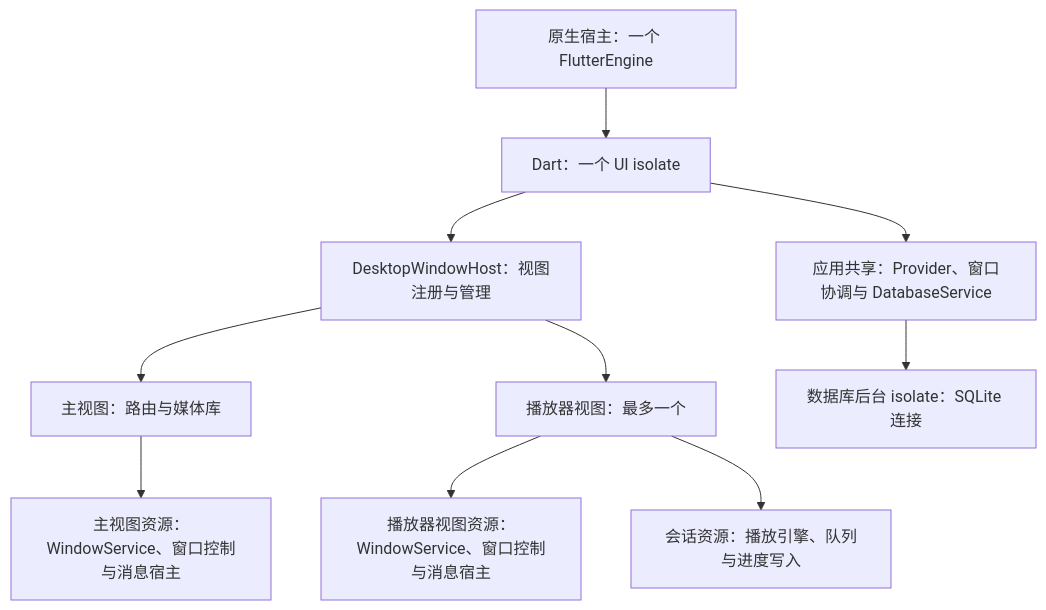
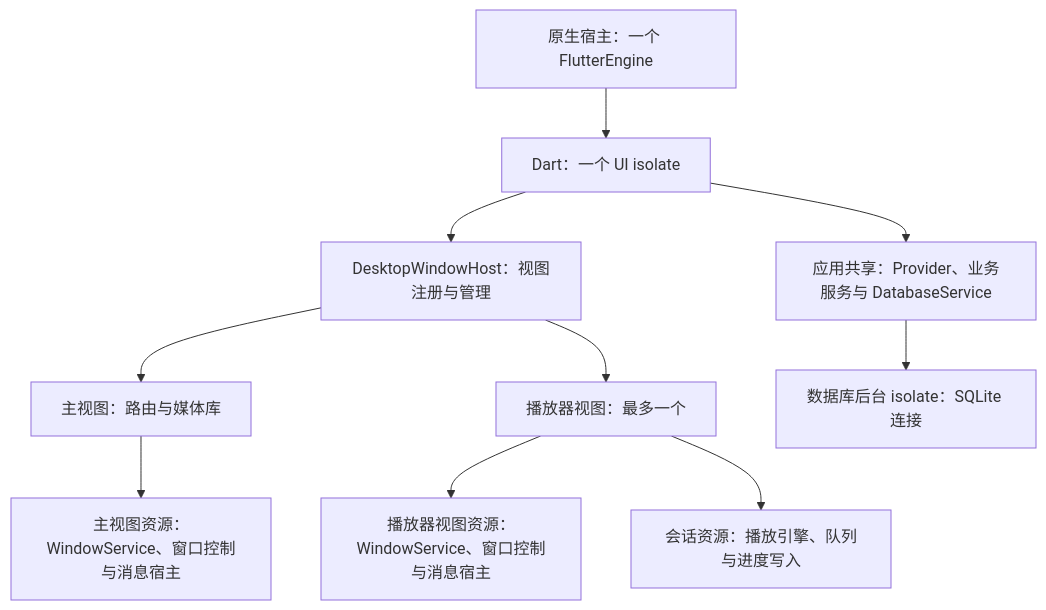
One commit to sen-to/mochi_player changed the fourth of 4 diagrams in docs/architecture/overview.md. Above: the diagram before and after it, drawn with Mermaid. The commit also changed other lines of this file and 55 other files, not shown here.

````diff
--- a/docs/architecture/overview.md
+++ b/docs/architecture/overview.md
@@ -153,12 +180,12 @@
 ```mermaid
 flowchart TB
   Native["原生宿主：一个 FlutterEngine"] --> Runtime["Dart：一个 UI isolate"]
-  Runtime --> Shared["应用共享：Provider、窗口协调与 DatabaseService"]
+  Runtime --> Shared["应用共享：Provider、业务服务与 DatabaseService"]
   Runtime --> Views["DesktopWindowHost：视图注册与管理"]
   Views --> Library["主视图：路由与媒体库"]
   Views --> Player["播放器视图：最多一个"]
   Shared --> DB["数据库后台 isolate：SQLite 连接"]
   Library --> LW["主视图资源：WindowService、窗口控制与消息宿主"]
   Player --> PW["播放器视图资源：WindowService、窗口控制与消息宿主"]
   Player --> Resource["会话资源：播放引擎、队列与进度写入"]
 ```
````
